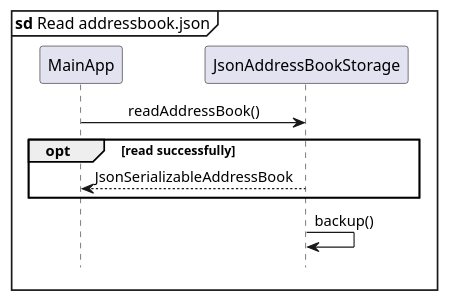
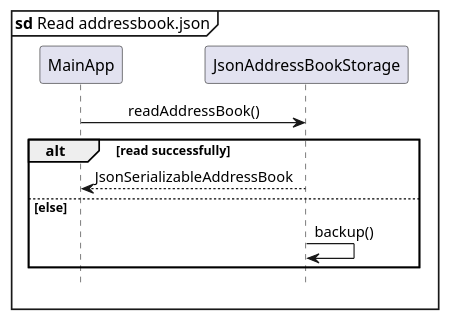
The diagram in docs/diagrams/ReadAddressBookSequenceDiagram.puml (pyk595/tp), drawn with PlantUML before and after one commit. The commit also changed 1 other file, not shown here.

```diff
--- a/docs/diagrams/ReadAddressBookSequenceDiagram.puml
+++ b/docs/diagrams/ReadAddressBookSequenceDiagram.puml
@@ -1,27 +1,27 @@
 @startuml
 'https://plantuml.com/sequence-diagram
 
 mainframe **sd** Read addressbook.json
 hide footbox
 
 skinparam Sequence {
     MessageAlign center
     BoxFontSize 15
     BoxPadding 0
     BoxFontColor #FFFFFF
     FontName Arial
 }
 Participant "MainApp" as main
 Participant "JsonAddressBookStorage" as storage
 
 main -> storage: readAddressBook()
 
 
-opt read successfully
+alt read successfully
 storage --> main: JsonSerializableAddressBook
+else else
+storage -> storage: backup()
 end
-
-storage -> storage: backup()
 
 
 @enduml
```
